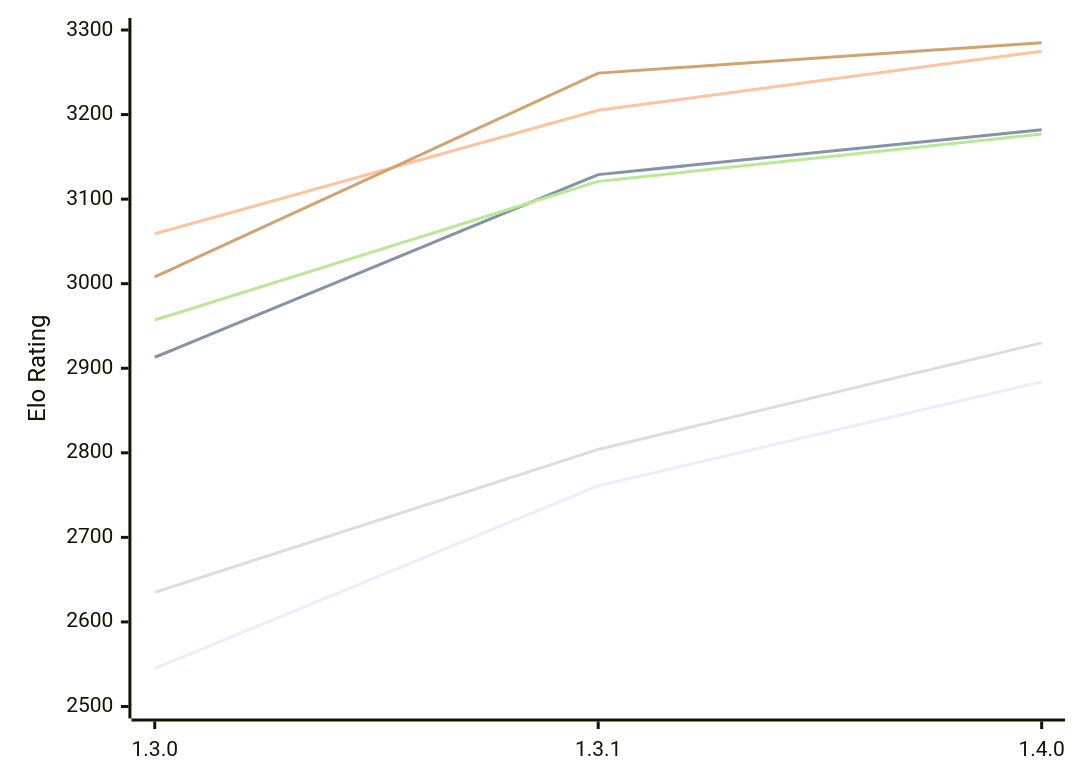
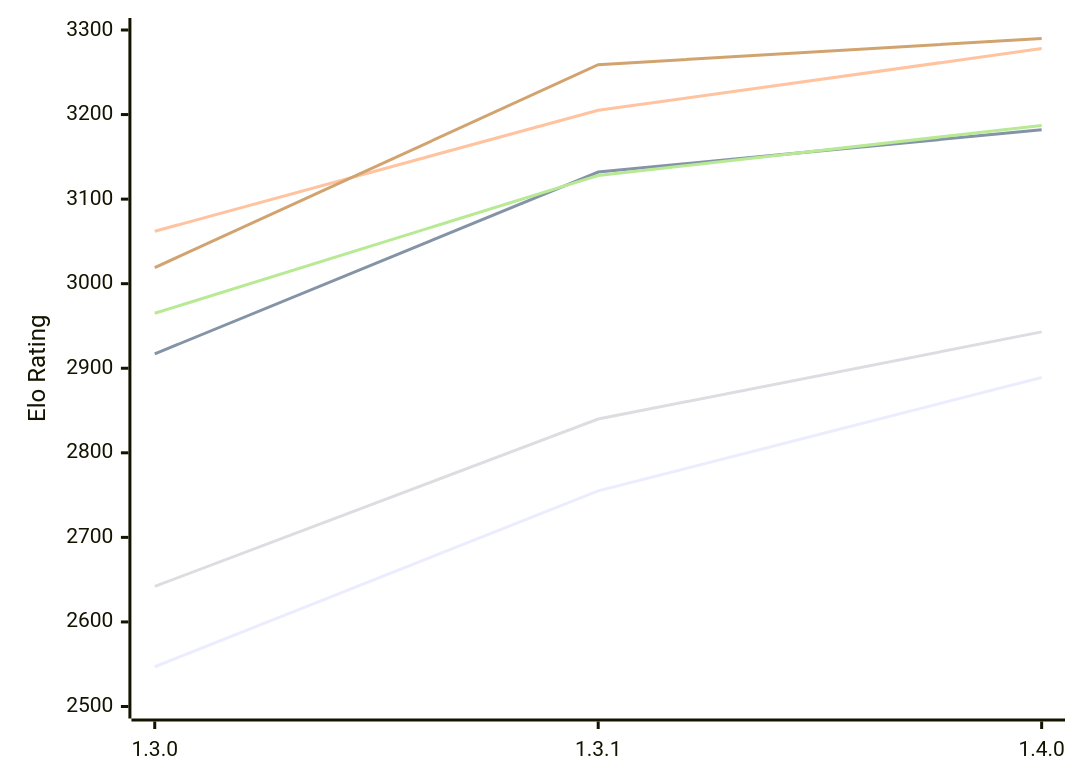
One commit to computer-chess-index/cci changed the first of 2 diagrams in engines/Ember.md. Above: the diagram before and after it, drawn with Mermaid. The commit also changed other lines of this file, not shown here.

Commit message:
Update CCI Ratings (ELO VLTC) - 2026-11-25

````diff
--- a/engines/Ember.md
+++ b/engines/Ember.md
@@ -53,12 +53,12 @@
 ```mermaid
 %%{init: {"theme":"base","themeVariables":{"seriesColors:['#a3a3a3','#222221','#faa371']}}}%%
 xychart-beta
   x-axis ["1.3.0", "1.3.1", "1.4.0"]
   y-axis "Elo Rating" 2500 --> 3300
-  line "E1: STC (8.0+0.08s)" [2545, 2761, 2884]
-  line "E1: LTC (60.0+0.60s)" [2913, 3129, 3182]
-  line "E1: VLTC (2m24s+1.12s)" [3059, 3205, 3275]
-  line "P1: STC (8.0+0.08s)" [2635, 2804, 2930]
-  line "P1: LTC (60.0+0.60s)" [2957, 3121, 3177]
-  line "P1: VLTC (2m24s+1.12s)" [3008, 3249, 3285]
+  line "E1: STC (8.0+0.08s)" [2547, 2755, 2889]
+  line "E1: LTC (60.0+0.60s)" [2917, 3132, 3182]
+  line "E1: VLTC (2m24s+1.12s)" [3062, 3205, 3278]
+  line "P1: STC (8.0+0.08s)" [2642, 2840, 2943]
+  line "P1: LTC (60.0+0.60s)" [2965, 3128, 3187]
+  line "P1: VLTC (2m24s+1.12s)" [3019, 3259, 3290]
 ```
````
